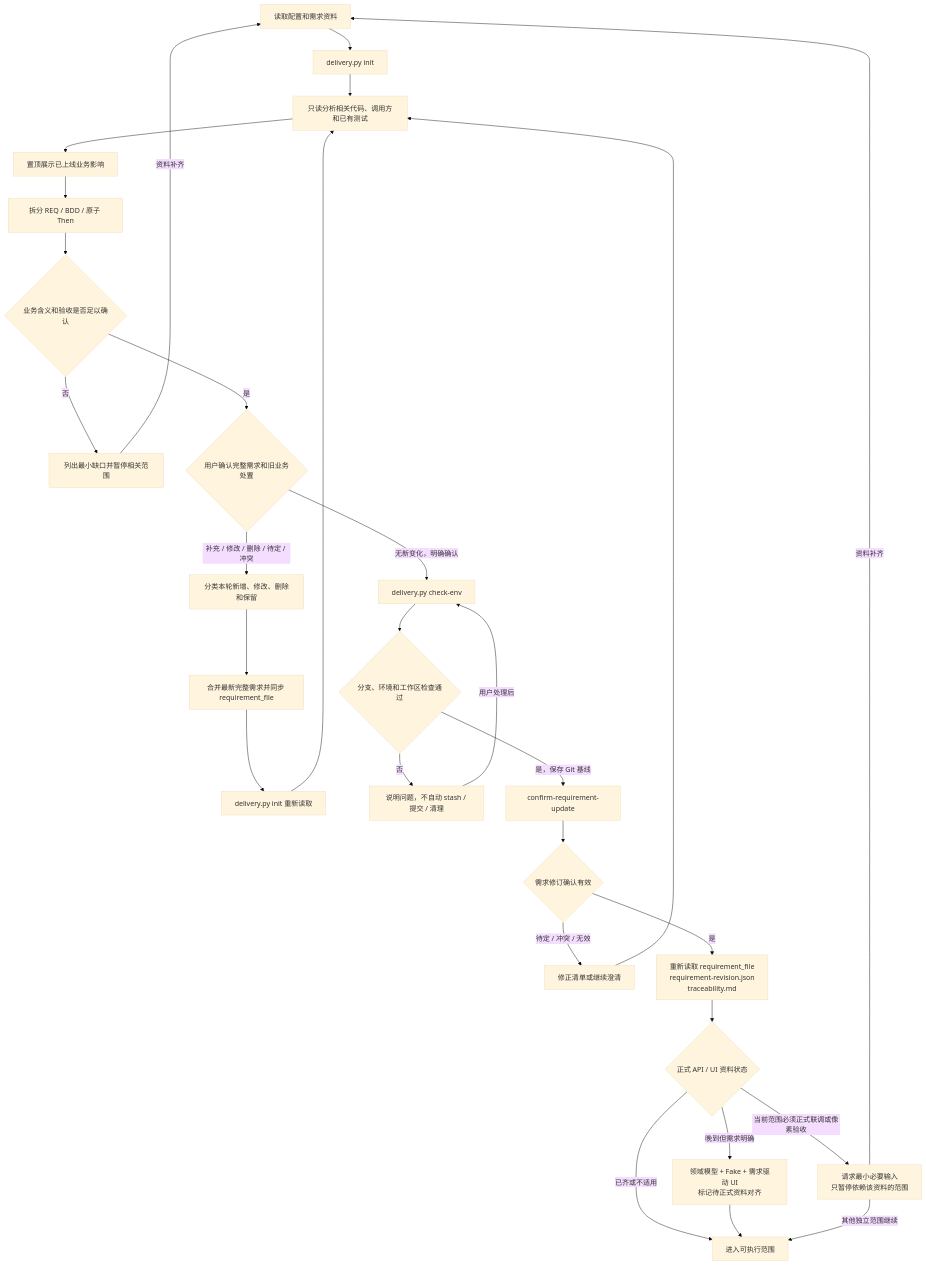
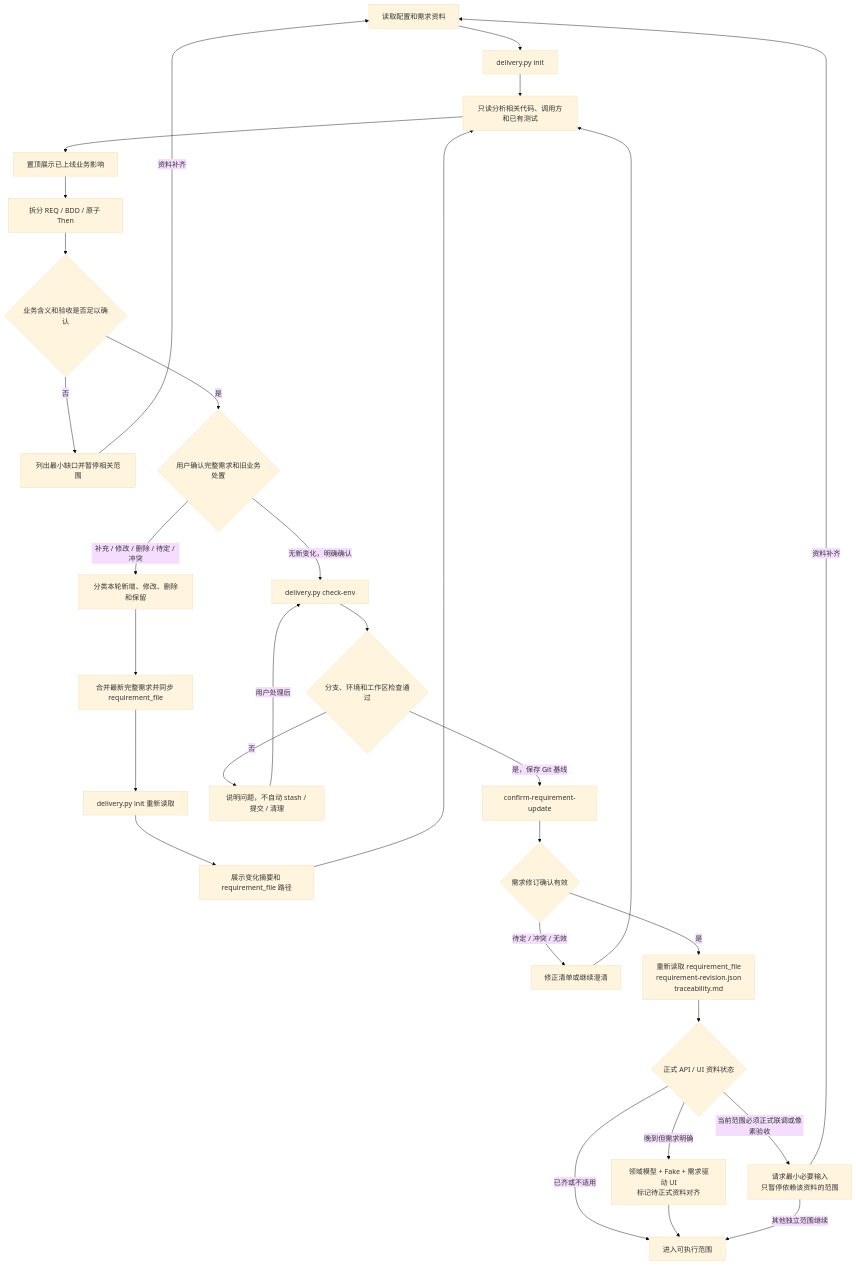
The second of 4 diagrams in AI_DELIVERY_WORKFLOW_GUIDELINES.md (yejuntian/android-delivery-skills), drawn with Mermaid (base theme) before and after one commit. The commit also changed other lines of this file and 7 other files, not shown here.

````diff
--- a/AI_DELIVERY_WORKFLOW_GUIDELINES.md
+++ b/AI_DELIVERY_WORKFLOW_GUIDELINES.md
@@ -173,31 +173,32 @@
 ```mermaid
 flowchart TD
         A["读取配置和需求资料"] --> B["delivery.py init"]
         B --> C["只读分析相关代码、调用方和已有测试"]
         C --> D["置顶展示已上线业务影响"]
         D --> E["拆分 REQ / BDD / 原子 Then"]
         E --> DOR{"业务含义和验收是否足以确认"}
         DOR -- "否" --> NEED["列出最小缺口并暂停相关范围"]
         NEED -- "资料补齐" --> A
         DOR -- "是" --> F{"用户确认完整需求和旧业务处置"}
         F -- "补充 / 修改 / 删除 / 待定 / 冲突" --> G["分类本轮新增、修改、删除和保留"]
         G --> G1["合并最新完整需求并同步 requirement_file"]
         G1 --> G2["delivery.py init 重新读取"]
-        G2 --> C
+        G2 --> G3["展示变化摘要和 requirement_file 路径"]
+        G3 --> C
         F -- "无新变化，明确确认" --> B1["delivery.py check-env"]
         B1 --> ENV{"分支、环境和工作区检查通过"}
         ENV -- "否" --> ENVFAIL["说明问题，不自动 stash / 提交 / 清理"]
         ENVFAIL -- "用户处理后" --> B1
         ENV -- "是，保存 Git 基线" --> H["confirm-requirement-update"]
         H --> REV{"需求修订确认有效"}
         REV -- "待定 / 冲突 / 无效" --> REVFIX["修正清单或继续澄清"]
         REVFIX --> C
         REV -- "是" --> FACTS["重新读取 requirement_file<br/>requirement-revision.json<br/>traceability.md"]
         FACTS --> INPUT{"正式 API / UI 资料状态"}
         INPUT -- "已齐或不适用" --> READY["进入可执行范围"]
         INPUT -- "晚到但需求明确" --> PROVISIONAL["领域模型 + Fake + 需求驱动 UI<br/>标记待正式资料对齐"]
         PROVISIONAL --> READY
         INPUT -- "当前范围必须正式联调或像素验收" --> WAITINPUT["请求最小必要输入<br/>只暂停依赖该资料的范围"]
         WAITINPUT -- "其他独立范围继续" --> READY
         WAITINPUT -- "资料补齐" --> A
 ```
````
